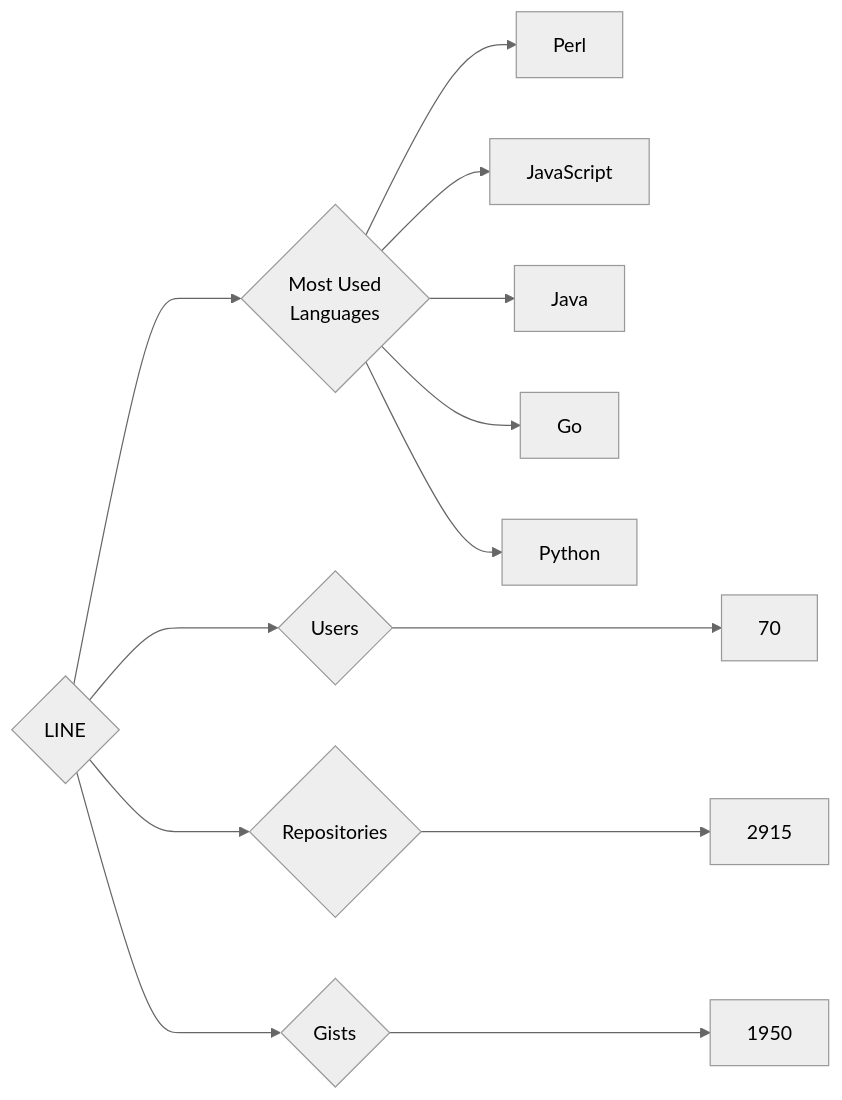
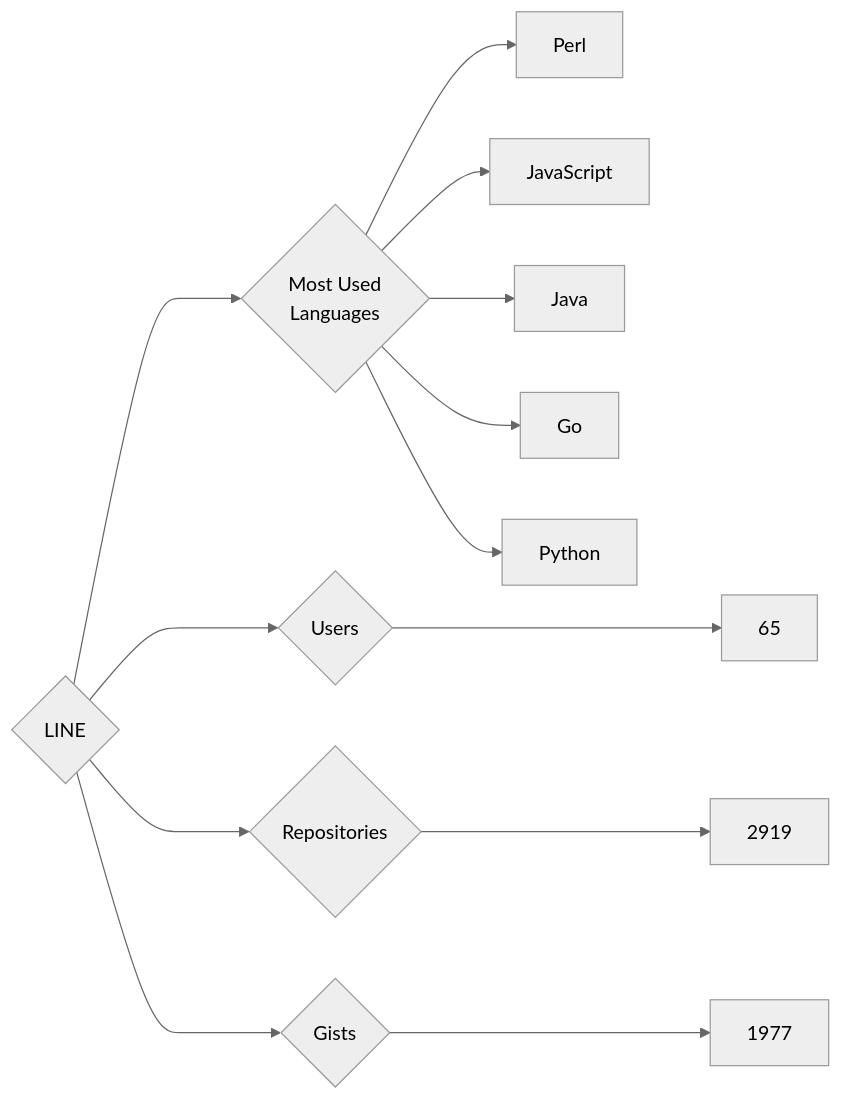
The diagram in targets/LINE/README.md (trickest/insiders), drawn with Mermaid (neutral theme) before and after one commit. The commit also changed 797 other files, not shown here.

````diff
--- a/targets/LINE/README.md
+++ b/targets/LINE/README.md
@@ -3,13 +3,13 @@
 ```mermaid
 graph LR
 COMPANY_NAME{LINE}
-COMPANY_NAME ---> U{Users} ---> UN[70]
-COMPANY_NAME ---> R{Repositories} ---> RN[2915]
-COMPANY_NAME ---> G{Gists} ---> GN[1950]
+COMPANY_NAME ---> U{Users} ---> UN[65]
+COMPANY_NAME ---> R{Repositories} ---> RN[2919]
+COMPANY_NAME ---> G{Gists} ---> GN[1977]
 COMPANY_NAME ---> ML{Most Used<br>Languages}
 ML --> Perl[Perl]
 ML --> JavaScript[JavaScript]
 ML --> Java[Java]
 ML --> Go[Go]
 ML --> Python[Python]
 ```
````
